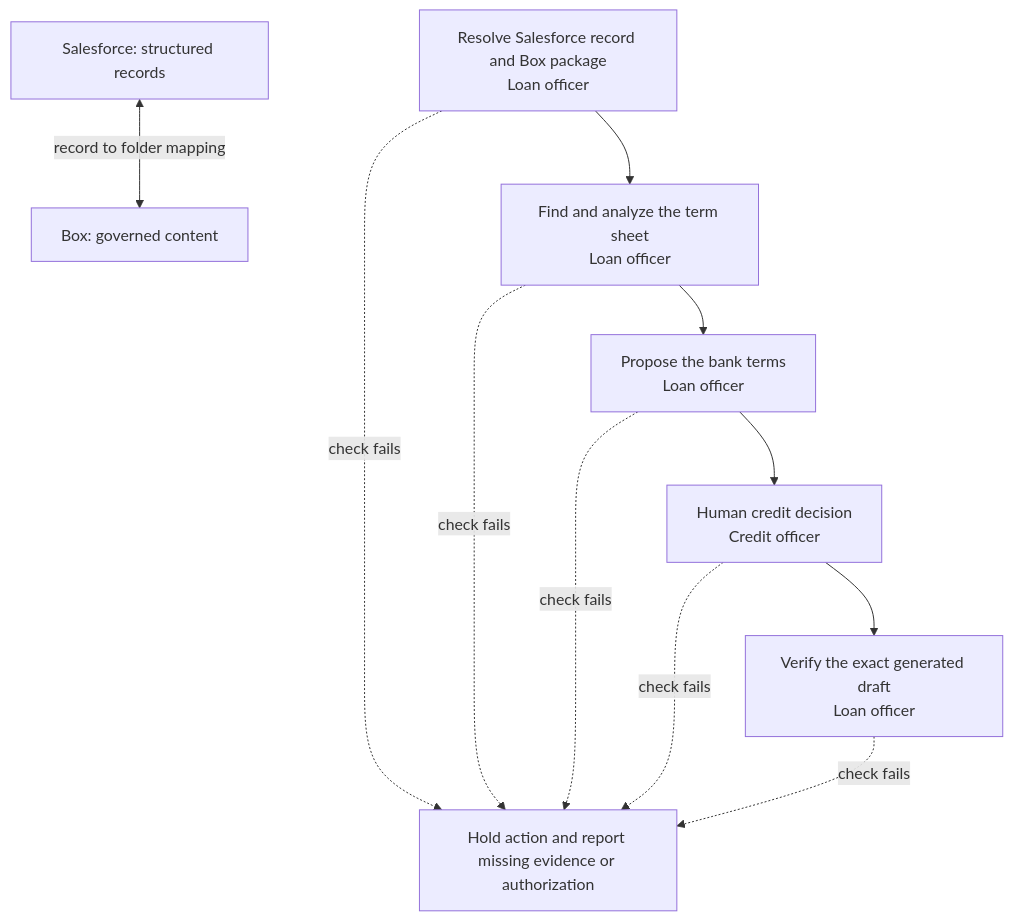
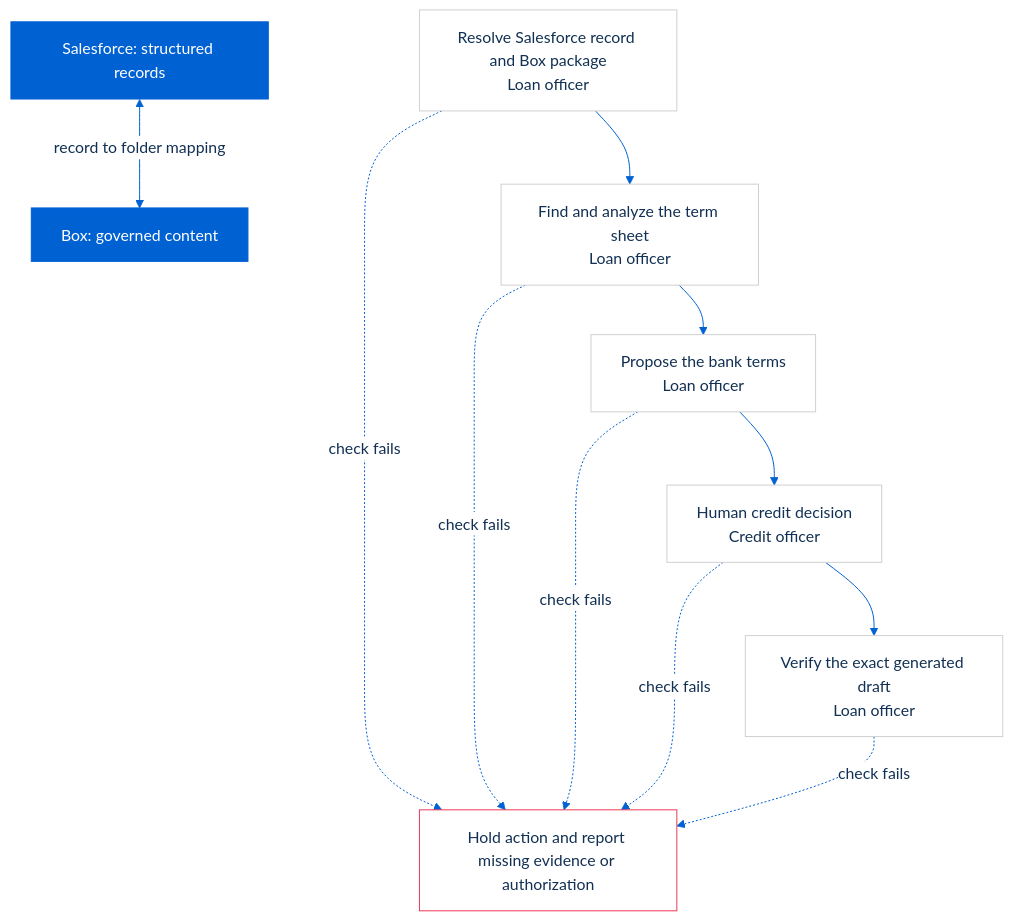
The diagram in docs/generated/process.mmd (unofficialbox/box-agentic-template), drawn with Mermaid before and after one commit. The commit also changed 419 other files, not shown here.

```diff
--- a/docs/generated/process.mmd
+++ b/docs/generated/process.mmd
@@ -1,19 +1,24 @@
+%%{init: {'theme': 'base', 'themeVariables': {'fontFamily': 'Inter Display, Inter, system-ui, sans-serif', 'primaryColor': '#FFFFFF', 'primaryBorderColor': '#D0D0D0', 'primaryTextColor': '#113053', 'lineColor': '#0061D3', 'textColor': '#4B6E98'}}}%%
 flowchart TD
   box["Box: governed content"]
   salesforce["Salesforce: structured records"]
   salesforce <-->|"record to folder mapping"| box
   intake["Resolve Salesforce record and Box package<br/>Loan officer"]
   evidence["Find and analyze the term sheet<br/>Loan officer"]
   proposal["Propose the bank terms<br/>Loan officer"]
   approval["Human credit decision<br/>Credit officer"]
   output["Verify the exact generated draft<br/>Loan officer"]
   intake --> evidence
   evidence --> proposal
   proposal --> approval
   approval --> output
   hold["Hold action and report missing evidence or authorization"]
   intake -. "check fails" .-> hold
   evidence -. "check fails" .-> hold
   proposal -. "check fails" .-> hold
   approval -. "check fails" .-> hold
   output -. "check fails" .-> hold
+  classDef platform fill:#0061D3,stroke:#0061D3,color:#FFFFFF
+  classDef hold fill:#FFFFFF,stroke:#ED3757,color:#113053
+  class box,salesforce platform
+  class hold hold
```
